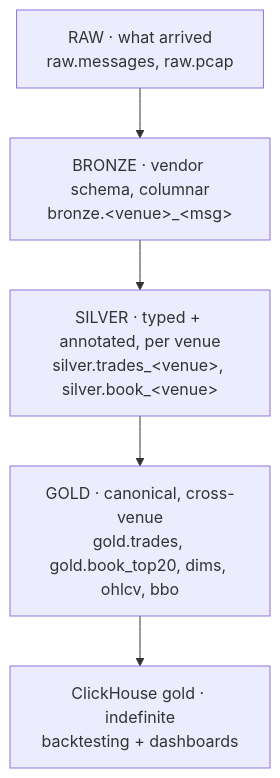
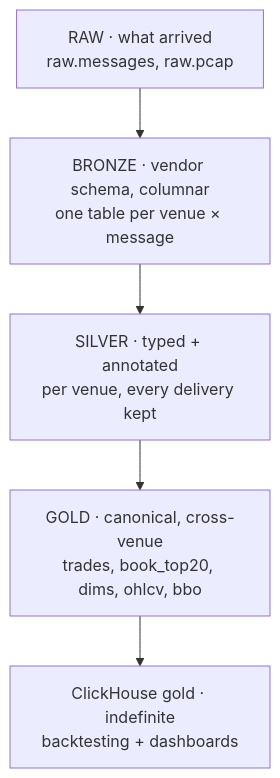
The diagram in docs/architecture/data-strategy.md (rjdscott/k2-market-data-platform), drawn with Mermaid before and after one commit.

Commit message:
docs(data-strategy): mermaid lines under 110 chars

````diff
--- a/docs/architecture/data-strategy.md
+++ b/docs/architecture/data-strategy.md
@@ -18,7 +18,9 @@
 ```mermaid
 flowchart TB
-  R["RAW · what arrived<br/>raw.messages, raw.pcap"] --> B["BRONZE · vendor schema, columnar<br/>bronze.&lt;venue&gt;_&lt;msg&gt;"]
-  B --> S["SILVER · typed + annotated, per venue<br/>silver.trades_&lt;venue&gt;, silver.book_&lt;venue&gt;"]
-  S --> G["GOLD · canonical, cross-venue<br/>gold.trades, gold.book_top20, dims, ohlcv, bbo"]
-  G --> CH["ClickHouse gold · indefinite<br/>backtesting + dashboards"]
+  R["RAW · what arrived<br/>raw.messages, raw.pcap"]
+  B["BRONZE · vendor schema, columnar<br/>one table per venue × message"]
+  S["SILVER · typed + annotated<br/>per venue, every delivery kept"]
+  G["GOLD · canonical, cross-venue<br/>trades, book_top20, dims, ohlcv, bbo"]
+  CH["ClickHouse gold · indefinite<br/>backtesting + dashboards"]
+  R --> B --> S --> G --> CH
 ```
````
